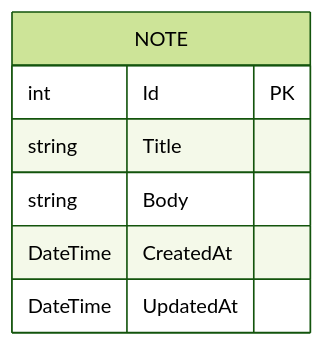
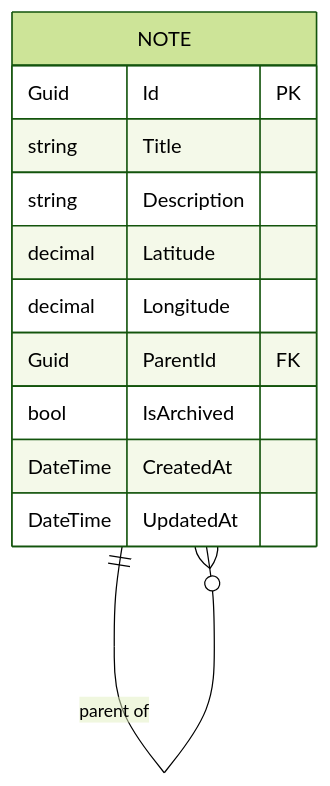
One commit to akashDelta-N/sdd-example-app changed the diagram in docs/data-model.md. Above: the diagram before and after it, drawn with Mermaid (forest theme). The commit also changed other lines of this file and 18 other files, not shown here.

````diff
--- a/docs/data-model.md
+++ b/docs/data-model.md
@@ -13,10 +19,15 @@
 ```mermaid
 erDiagram
-    NOTE {
-        int Id PK
-        string Title
-        string Body
-        DateTime CreatedAt
-        DateTime UpdatedAt
-    }
+  NOTE ||--o{ NOTE : "parent of"
+  NOTE {
+    Guid Id PK
+    string Title
+    string Description
+    decimal Latitude
+    decimal Longitude
+    Guid ParentId FK
+    bool IsArchived
+    DateTime CreatedAt
+    DateTime UpdatedAt
+  }
 ```
````
